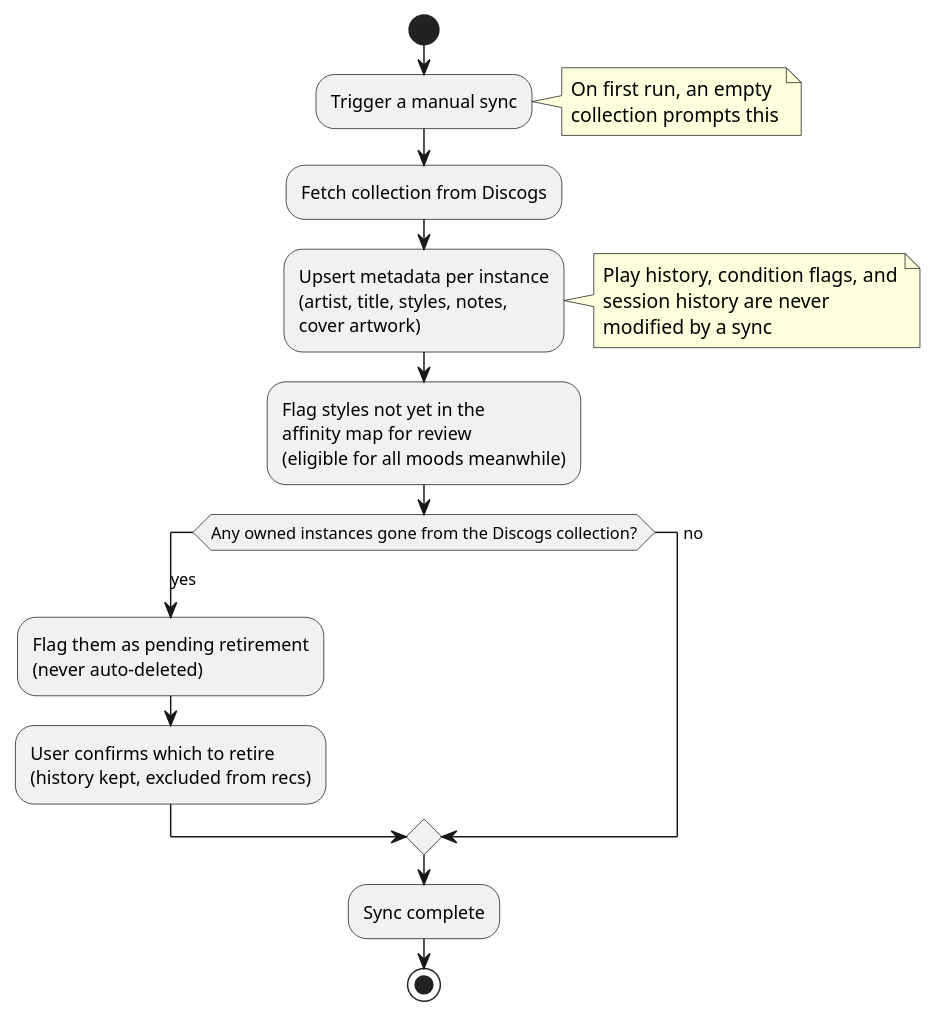
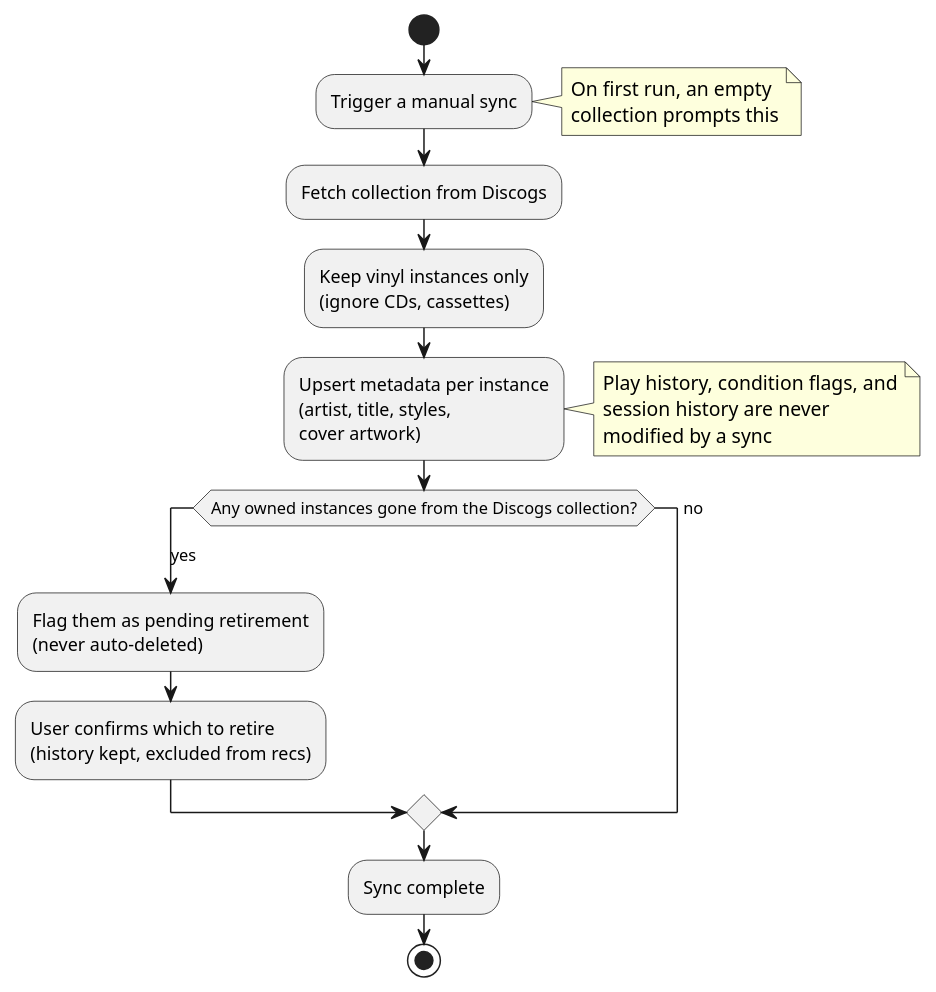
The second of 2 diagrams in docs/prd/mvp.md (cdarwin/rotation33), drawn with PlantUML before and after one commit. The commit also changed other lines of this file and 2 other files, not shown here.

First line of the commit message:
Reconcile PRD and engine RFC with the architecture design

````diff
--- a/docs/prd/mvp.md
+++ b/docs/prd/mvp.md
@@ -301,32 +315,31 @@
 ```plantuml
 @startuml
 start
 :Trigger a manual sync;
 note right
   On first run, an empty
   collection prompts this
 end note
 :Fetch collection from Discogs;
+:Keep vinyl instances only
+(ignore CDs, cassettes);
 :Upsert metadata per instance
-(artist, title, styles, notes,
+(artist, title, styles,
 cover artwork);
 note right
   Play history, condition flags, and
   session history are never
   modified by a sync
 end note
-:Flag styles not yet in the
-affinity map for review
-(eligible for all moods meanwhile);
 switch (Any owned instances gone from the Discogs collection?)
 case (yes)
   :Flag them as pending retirement
   (never auto-deleted);
   :User confirms which to retire
   (history kept, excluded from recs);
 case (no)
 endswitch
 :Sync complete;
 stop
 @enduml
 ```
````
